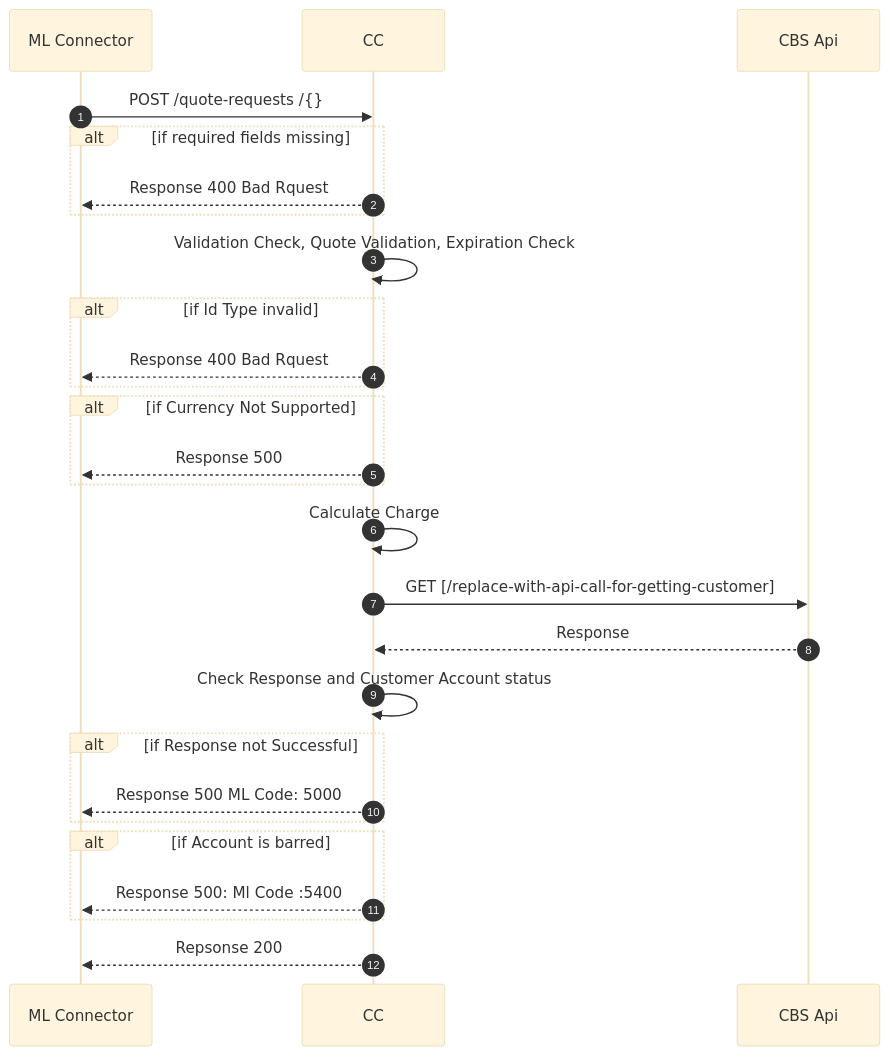
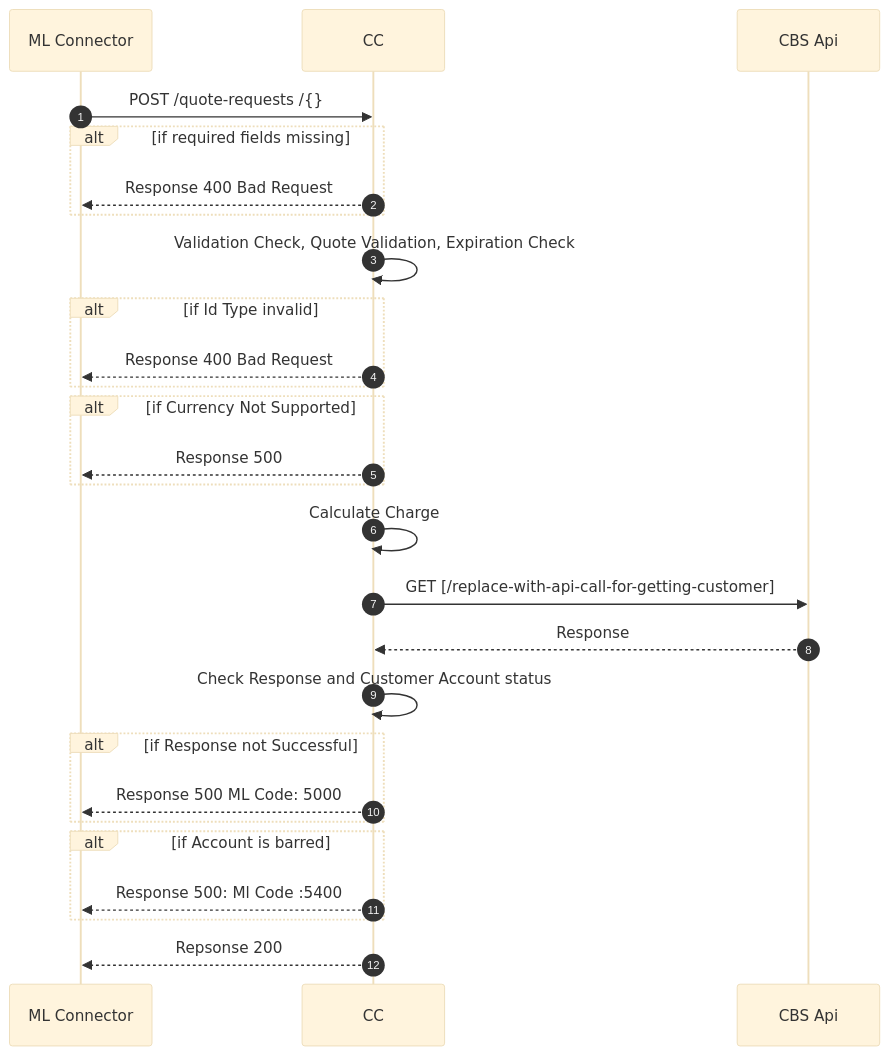
The diagram in packages/core-connector-lib/docs/payee/payee-quoterequests.md (mojaloop/ml-reference-connectors), drawn with Mermaid (base theme) before and after one commit.

````diff
--- a/packages/core-connector-lib/docs/payee/payee-quoterequests.md
+++ b/packages/core-connector-lib/docs/payee/payee-quoterequests.md
@@ -4,26 +4,26 @@
 ```mermaid
    sequenceDiagram
 autoNumber
 ML Connector ->> CC: POST /quote-requests /{}
 Alt if required fields missing
-CC-->>ML Connector: Response 400 Bad Rquest
+CC-->>ML Connector: Response 400 Bad Request
 End
 CC->> CC:Validation Check, Quote Validation, Expiration Check
 Alt if Id Type invalid
-CC-->>ML Connector: Response 400 Bad Rquest
+CC-->>ML Connector: Response 400 Bad Request
 End
 Alt if Currency Not Supported
 CC-->>ML Connector: Response 500
 End
 CC->>CC:Calculate Charge
 CC->> CBS Api:GET [/replace-with-api-call-for-getting-customer] 
 CBS Api -->> CC:Response
 CC->>CC: Check Response and Customer Account status 
 Alt if Response not Successful
 CC-->>ML Connector: Response 500 ML Code: 5000
 End
 Alt if Account is barred
 CC-->>ML Connector:Response 500: Ml Code :5400
 End
 CC-->>ML Connector: Repsonse 200
 ```
````
